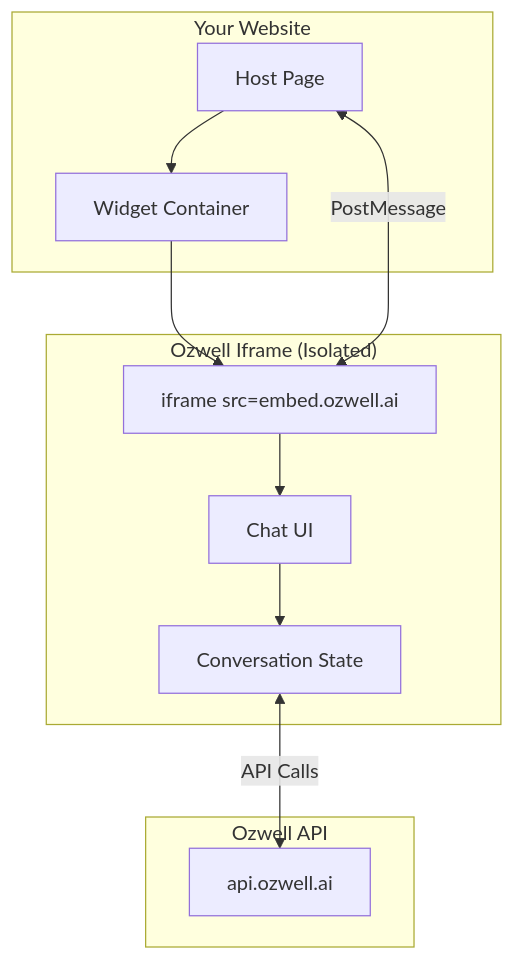
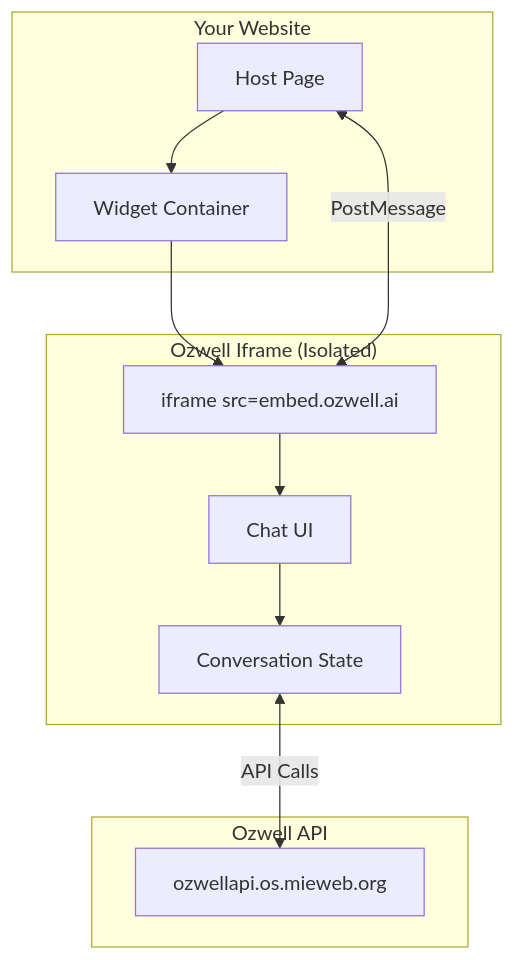
Before and after one commit to mieweb/ozwellai-api: the diagram in docs/frontend/iframe-integration.md, drawn with Mermaid. The commit also changed other lines of this file and 22 other files, not shown here.

````diff
--- a/docs/frontend/iframe-integration.md
+++ b/docs/frontend/iframe-integration.md
@@ -9,24 +13,24 @@
 ```mermaid
 graph TB
     subgraph "Your Website"
         Parent[Host Page]
         Container[Widget Container]
     end
     
     subgraph "Ozwell Iframe (Isolated)"
         Iframe[iframe src=embed.ozwell.ai]
         UI[Chat UI]
         State[Conversation State]
     end
     
     subgraph "Ozwell API"
-        API[api.ozwell.ai]
+        API[ozwellapi.os.mieweb.org]
     end
     
     Parent --> Container
     Container --> Iframe
     Iframe --> UI
     UI --> State
     State <-->|API Calls| API
     Parent <-->|PostMessage| Iframe
 ```
````
